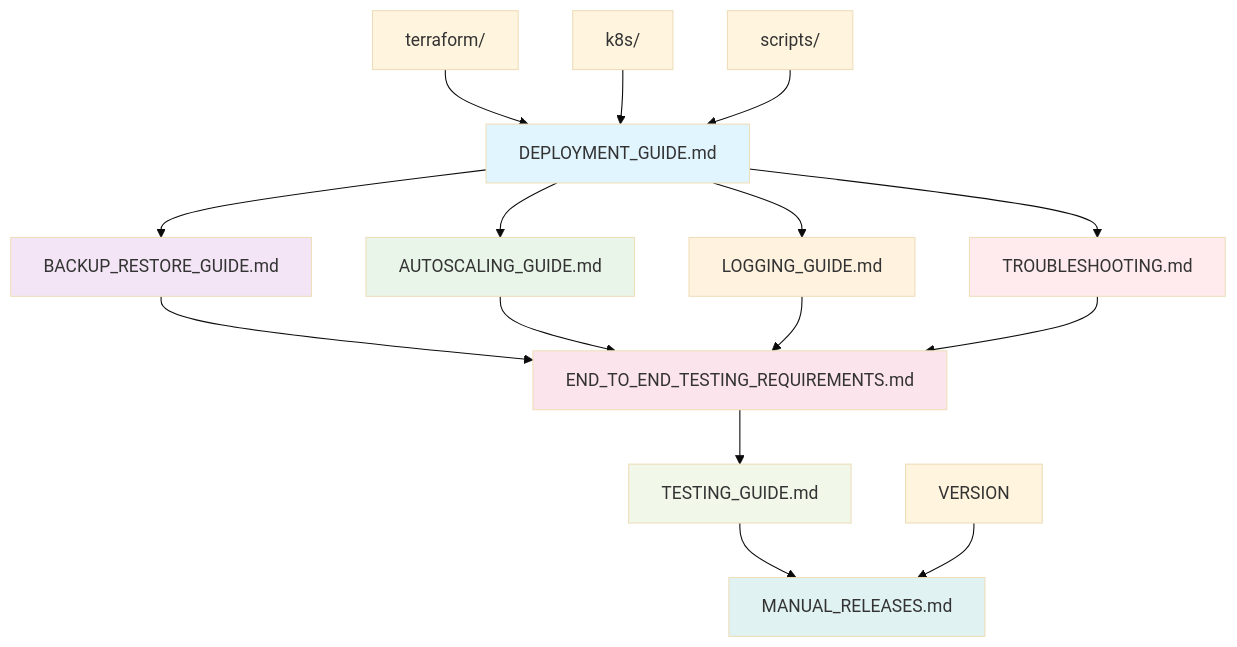
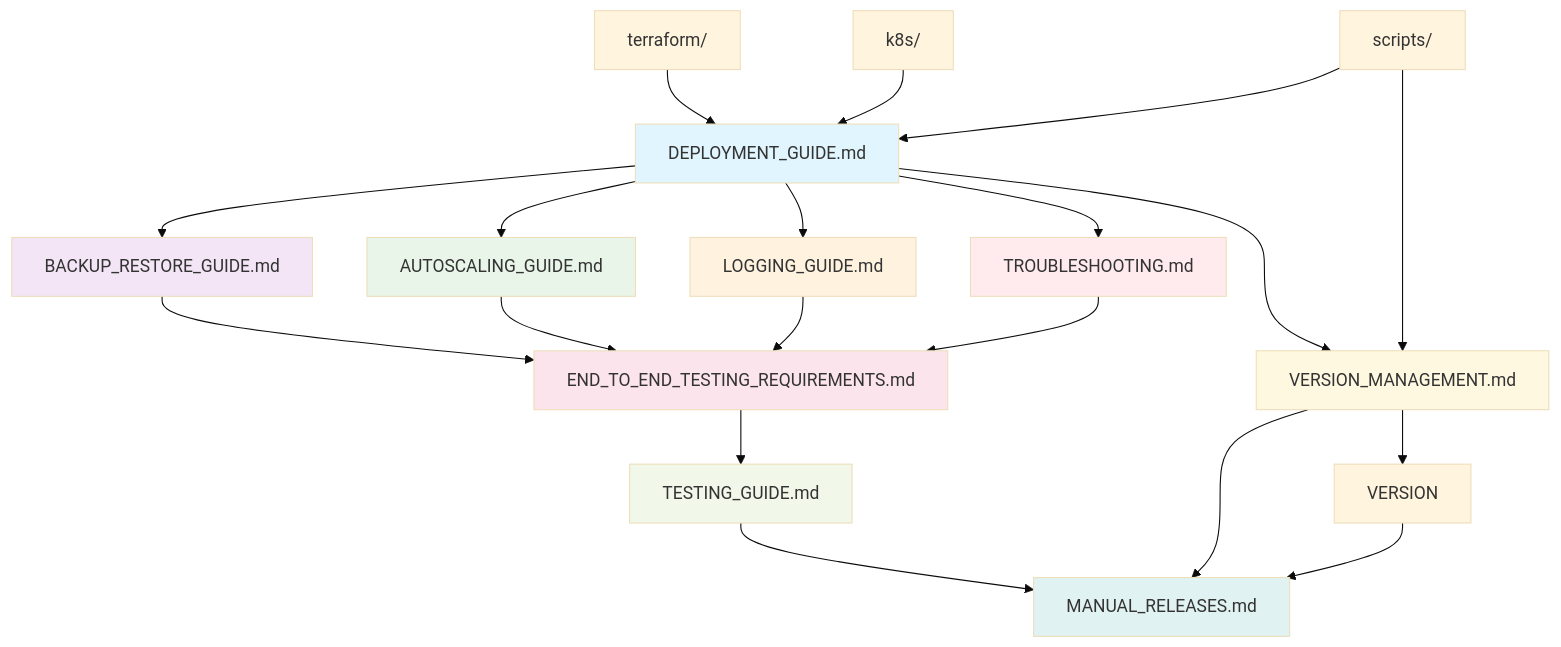
One commit to Jmevorach/openemr-on-eks changed the diagram in docs/README.md. Above: the diagram before and after it, drawn with Mermaid (base theme). The commit also changed other lines of this file and 15 other files, not shown here.

````diff
--- a/docs/README.md
+++ b/docs/README.md
@@ -20,29 +49,35 @@
 ```mermaid
 graph TD
     A[DEPLOYMENT_GUIDE.md] --> B[BACKUP_RESTORE_GUIDE.md]
     A --> C[AUTOSCALING_GUIDE.md]
     A --> D[LOGGING_GUIDE.md]
     A --> E[TROUBLESHOOTING.md]
 
     B --> F[END_TO_END_TESTING_REQUIREMENTS.md]
     C --> F
     D --> F
     E --> F
 
     F --> G[TESTING_GUIDE.md]
     G --> H[MANUAL_RELEASES.md]
 
-    I[VERSION] --> H
+    A --> M[VERSION_MANAGEMENT.md]
+    M --> H
+    M --> I[VERSION]
+    L[scripts/] --> M
+
+    I --> H
     J[terraform/] --> A
     K[k8s/] --> A
     L[scripts/] --> A
 
     style A fill:#e1f5fe
     style B fill:#f3e5f5
     style C fill:#e8f5e8
     style D fill:#fff3e0
     style E fill:#ffebee
     style F fill:#fce4ec
     style G fill:#f1f8e9
     style H fill:#e0f2f1
+    style M fill:#fff8e1
 ```
````
